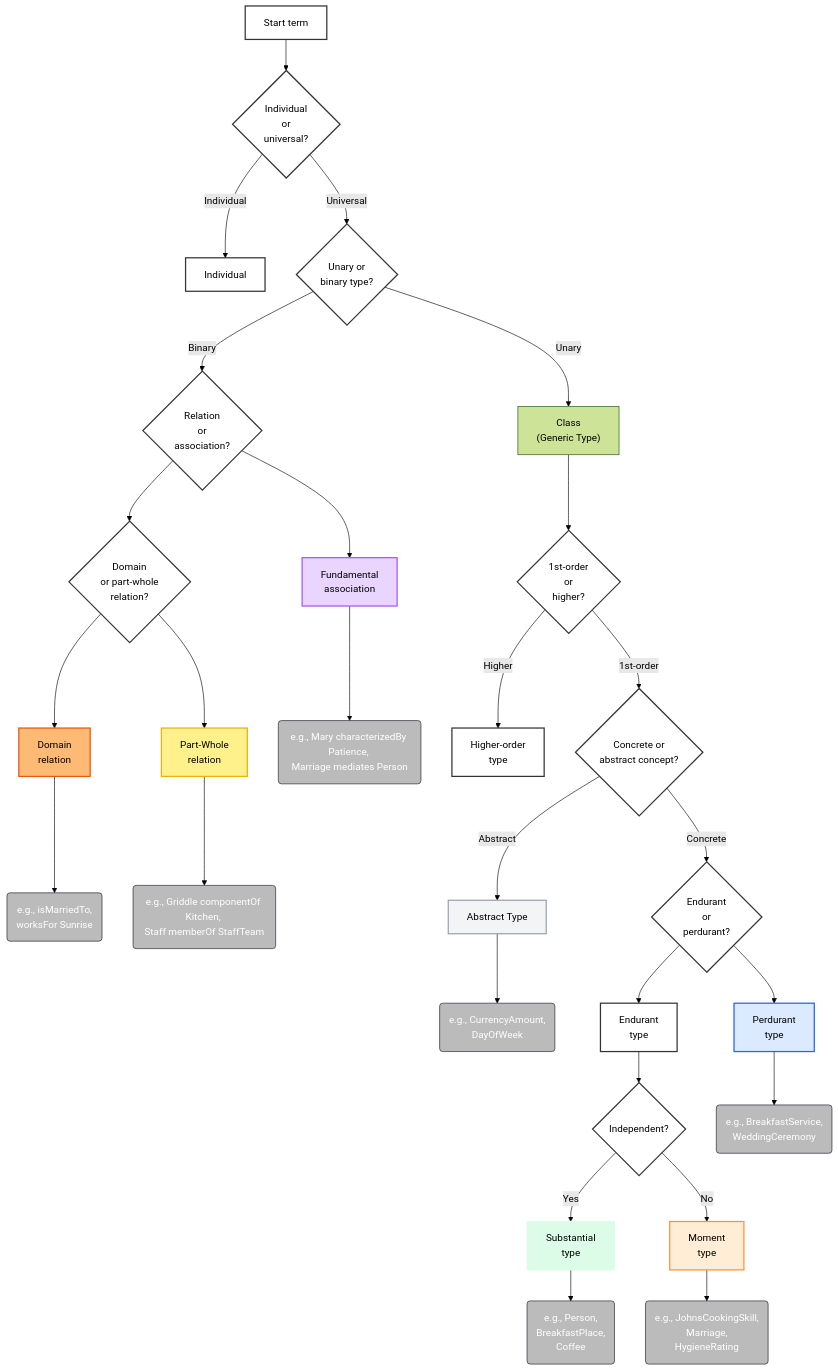
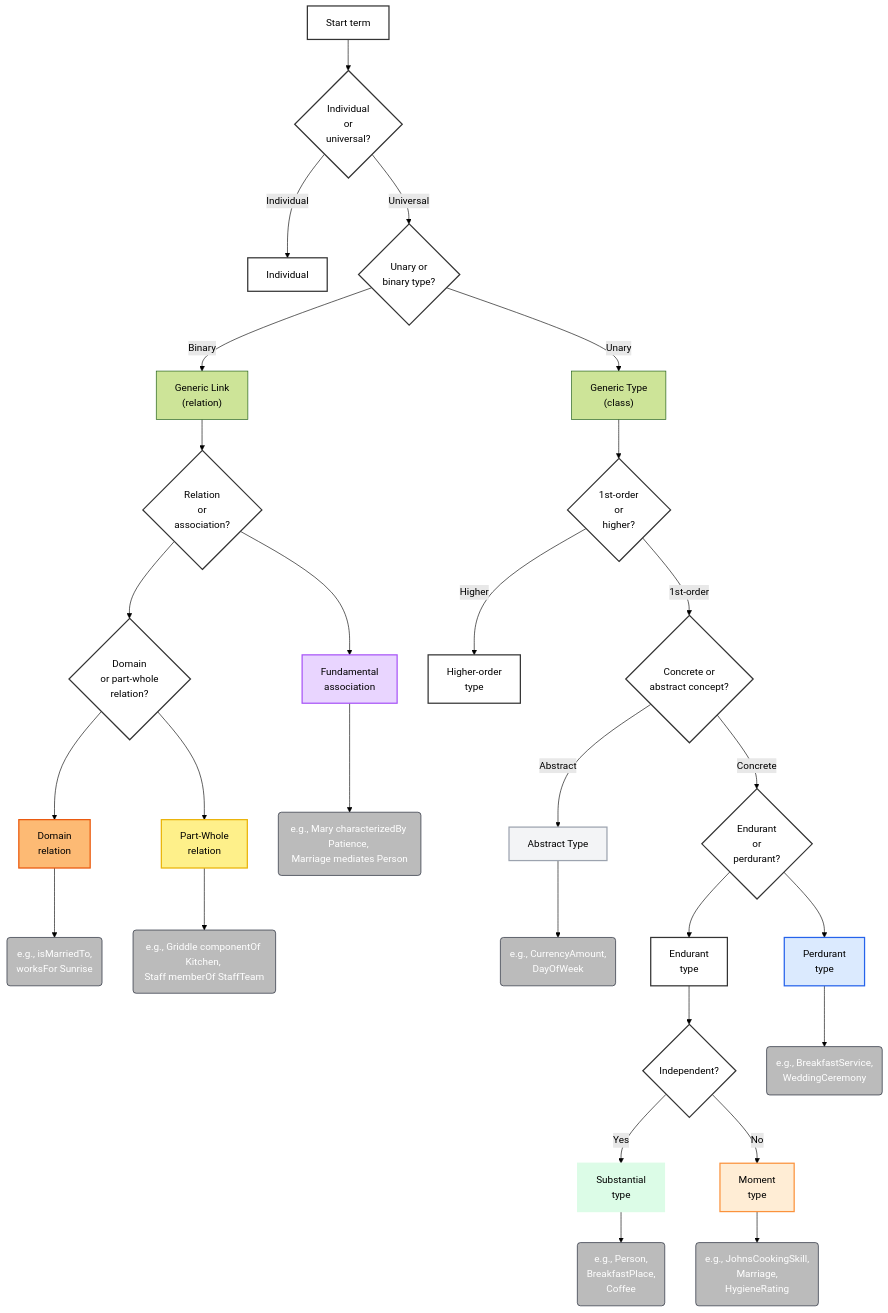
The diagram in decision-tree/00-Start.mermaid (spdrnl/UFO-Modeling-Decision-Tree), drawn with Mermaid (forest theme) before and after one commit. The commit also changed 4 other files, not shown here.

```diff
--- a/decision-tree/00-Start.mermaid
+++ b/decision-tree/00-Start.mermaid
@@ -1,78 +1,79 @@
 flowchart TD
     A[Start term] --> B{Individual \nor \nuniversal?}
 
     %% INDIVIDUALS
     B -->|Individual| I[Individual]
 
     %% UNIVERSALS (TYPES)
     B -->|Universal| T0{Unary or \nbinary type?}
-
-    %% TYPES – UNARY (CONCEPTS)
-    T0 -->|Unary| CLS["Class\n(Generic Type)"]
+    
+    %% UNARY BRANCH
+    T0 -->|Unary| CLS["Generic Type\n(class)"]
     CLS --> U0{1st-order \nor \nhigher?}
-
-    %% Binary types
-    T0 -->|Binary| R0{"Relation\nor\nassociation?"}
+    
+    %% BINARY BRANCH
+    T0 -->|Binary| REL["Generic Link\n(relation)"]
+    REL --> R0{"Relation\nor\nassociation?"}
 
     R0 --> TR1{"Domain \nor part-whole \nrelation?"}
     TR1 --> TDR[Domain \nrelation]
     TR1 --> TPW[Part-Whole \nrelation]
     R0 --> TFA[Fundamental \nassociation]
 
     TDR --> TDR_ex("e.g., isMarriedTo, \nworksFor Sunrise"):::example
     TPW --> TPW_ex("e.g., Griddle componentOf Kitchen, \nStaff memberOf StaffTeam"):::example
     TFA --> TFA_ex("e.g., Mary characterizedBy Patience, \nMarriage mediates Person"):::example
 
     U0 -->|Higher| UH[Higher-order \ntype]
     U0 -->|1st-order| U1{Concrete or \nabstract concept?}
 
     %% ABSTRACT TYPES
     U1 -->|Abstract| ABST[Abstract Type]
     ABST_ex("e.g., CurrencyAmount, \nDayOfWeek"):::example
     ABST --> ABST_ex
 
     %% CONCRETE TYPES
     U1 -->|Concrete| C0{Endurant \nor \nperdurant?}
 
     C0 --> E0[Endurant \ntype]
     C0 --> P0[Perdurant \ntype]
 
     E0 --> E1{Independent?}
     E1 -->|Yes| S0[Substantial \ntype]
     E1 -->|No| M0[Moment \ntype]
 
     %% EXAMPLES
     P0_ex("e.g., BreakfastService,\nWeddingCeremony"):::example
     P0 --> P0_ex
 
     S0_ex("e.g., Person,\nBreakfastPlace,\nCoffee"):::example
     S0 --> S0_ex
 
     M0_ex("e.g., JohnsCookingSkill,\nMarriage,\nHygieneRating"):::example
     M0 --> M0_ex
 
     %% CLASSES
     classDef example fill:#BBBBBB,stroke:#111827,stroke-width:1px,color:#fff;
     classDef generic fill:#ffffff,stroke:#333,stroke-width:2px,color:#000;
     classDef perdurant fill:#dbeafe,stroke:#2563eb,stroke-width:2px,color:#000;
     classDef substantial fill:#dcfce7,stroke:#dcfce7,stroke-width:2px,color:#000;
     classDef intrinsic fill:#ffedd5,stroke:#fb923c,stroke-width:2px,color:#000;
     classDef relator fill:#fdba74,stroke:#ea580c,stroke-width:2px,color:#000;
     classDef meronymic fill:#fef08a,stroke:#eab308,stroke-width:2px,color:#000;
     classDef fundamental fill:#e9d5ff,stroke:#a855f7,stroke-width:2px,color:#000;
     classDef abstract fill:#f3f4f6,stroke:#9ca3af,stroke-width:2px,color:#000;
 
     %% universal branch class assignments
     class TFA fundamental;
     class TPW meronymic;
     class TDR relator;
 
     %% generic / neutral nodes
     class A,B,T0,U0,U1,UH,E0,E1,R0,TR1,C0 generic;
     class I generic;
 
     %% leaf colors
     class P0 perdurant;
     class S0 substantial;
     class M0 intrinsic;
     class ABST abstract;
```
